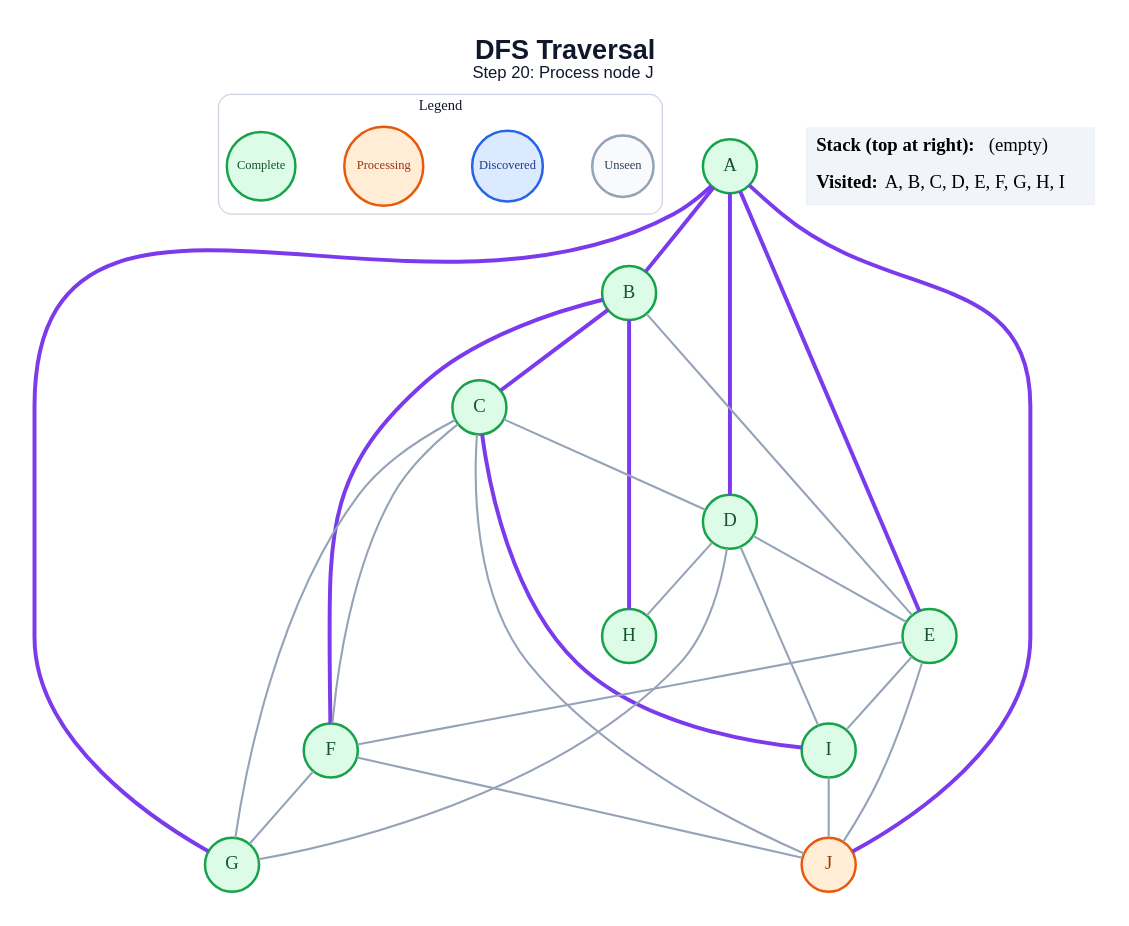
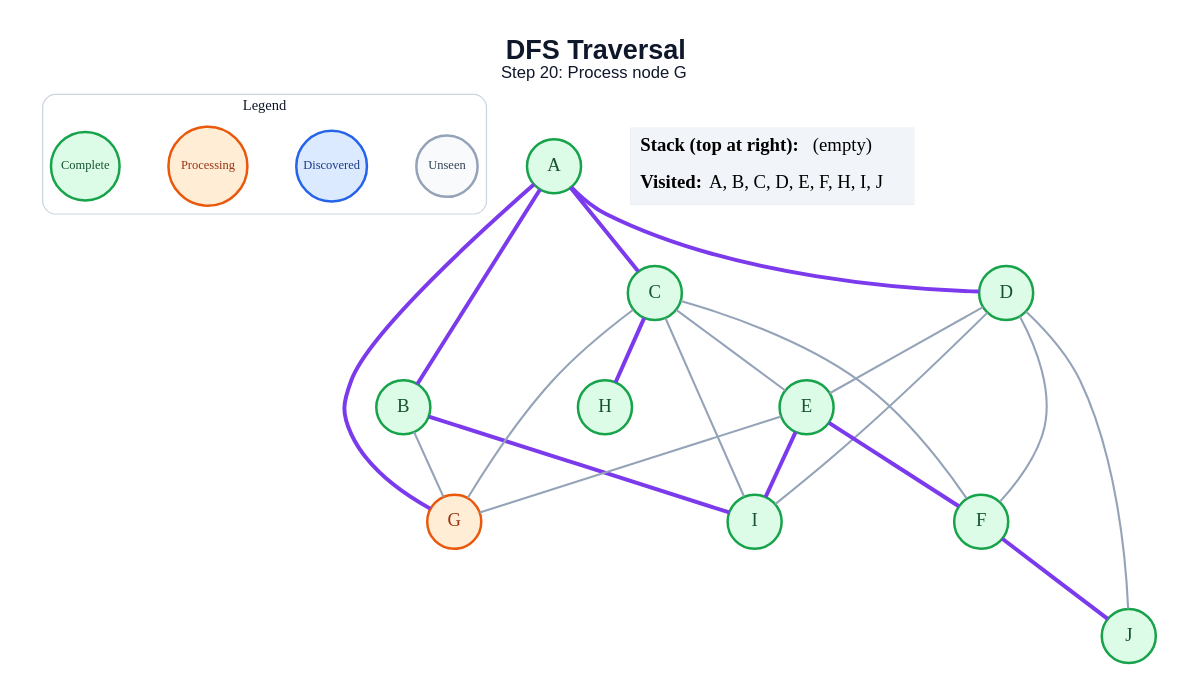
The diagram in generated/dfs/step_20.dot (anon7238593-create/ai-slop), drawn with Graphviz before and after one commit. The commit also changed 178 other files, not shown here.

```diff
--- a/generated/dfs/step_20.dot
+++ b/generated/dfs/step_20.dot
@@ -1,53 +1,48 @@
 graph traversal {
   graph [layout=dot, rankdir=TB, bgcolor="#FFFFFF", pad="0.35", nodesep="0.65", ranksep="0.8", fontname="Arial"];
   node [shape=circle, style="filled", fontname="Arial Bold", fontsize=18, width=0.72, fixedsize=true, penwidth=2.4];
   edge [color="#94A3B8", penwidth=2.0];
-  label=<<B>DFS Traversal</B><BR/><FONT POINT-SIZE="16">Step 20: Process node J</FONT>>; labelloc="t"; fontsize=26; fontname="Arial"; fontcolor="#0F172A";
+  label=<<B>DFS Traversal</B><BR/><FONT POINT-SIZE="16">Step 20: Process node G</FONT>>; labelloc="t"; fontsize=26; fontname="Arial"; fontcolor="#0F172A";
   subgraph cluster_legend { label="Legend"; color="#CBD5E1"; penwidth=1.2; style="rounded"; fontsize=14; fontname="Arial Bold";
     key_unseen [label="Unseen", fillcolor="#F8FAFC", color="#94A3B8", fontcolor="#334155", fontsize=12, width=0.82];
     key_frontier [label="Discovered", fillcolor="#DBEAFE", color="#2563EB", fontcolor="#1E3A8A", fontsize=12, width=0.95];
     key_current [label="Processing", fillcolor="#FFEDD5", color="#EA580C", fontcolor="#9A3412", fontsize=12, width=1.05];
     key_done [label="Complete", fillcolor="#DCFCE7", color="#16A34A", fontcolor="#14532D", fontsize=12, width=0.92];
     { rank=same; key_unseen; key_frontier; key_current; key_done; }
   }
   A [fillcolor="#DCFCE7", color="#16A34A", fontcolor="#14532D"];
   B [fillcolor="#DCFCE7", color="#16A34A", fontcolor="#14532D"];
   C [fillcolor="#DCFCE7", color="#16A34A", fontcolor="#14532D"];
   D [fillcolor="#DCFCE7", color="#16A34A", fontcolor="#14532D"];
   E [fillcolor="#DCFCE7", color="#16A34A", fontcolor="#14532D"];
   F [fillcolor="#DCFCE7", color="#16A34A", fontcolor="#14532D"];
-  G [fillcolor="#DCFCE7", color="#16A34A", fontcolor="#14532D"];
+  G [fillcolor="#FFEDD5", color="#EA580C", fontcolor="#9A3412"];
   H [fillcolor="#DCFCE7", color="#16A34A", fontcolor="#14532D"];
   I [fillcolor="#DCFCE7", color="#16A34A", fontcolor="#14532D"];
-  J [fillcolor="#FFEDD5", color="#EA580C", fontcolor="#9A3412"];
+  J [fillcolor="#DCFCE7", color="#16A34A", fontcolor="#14532D"];
   A -- B [color="#7C3AED", penwidth=3.8];
+  A -- C [color="#7C3AED", penwidth=3.8];
   A -- D [color="#7C3AED", penwidth=3.8];
-  A -- E [color="#7C3AED", penwidth=3.8];
   A -- G [color="#7C3AED", penwidth=3.8];
-  A -- J [color="#7C3AED", penwidth=3.8];
-  B -- C [color="#7C3AED", penwidth=3.8];
-  B -- E;
-  B -- F [color="#7C3AED", penwidth=3.8];
-  B -- H [color="#7C3AED", penwidth=3.8];
-  C -- D;
+  B -- G;
+  B -- I [color="#7C3AED", penwidth=3.8];
+  C -- E;
   C -- F;
   C -- G;
-  C -- I [color="#7C3AED", penwidth=3.8];
-  C -- J;
+  C -- H [color="#7C3AED", penwidth=3.8];
+  C -- I;
   D -- E;
-  D -- G;
-  D -- H;
+  D -- F;
   D -- I;
-  E -- F;
-  E -- I;
-  E -- J;
-  F -- G;
-  F -- J;
-  I -- J;
+  D -- J;
+  E -- F [color="#7C3AED", penwidth=3.8];
+  E -- G;
+  E -- I [color="#7C3AED", penwidth=3.8];
+  F -- J [color="#7C3AED", penwidth=3.8];
   status [shape=plain, fixedsize=false, width=0, height=0, margin=0, label=<
     <TABLE BORDER="0" CELLBORDER="0" CELLPADDING="7" BGCOLOR="#F1F5F9">
       <TR><TD ALIGN="LEFT"><B>Stack (top at right):</B> (empty)</TD></TR>
-      <TR><TD ALIGN="LEFT"><B>Visited:</B> A, B, C, D, E, F, G, H, I</TD></TR>
+      <TR><TD ALIGN="LEFT"><B>Visited:</B> A, B, C, D, E, F, H, I, J</TD></TR>
     </TABLE>
   >];
 }
```
